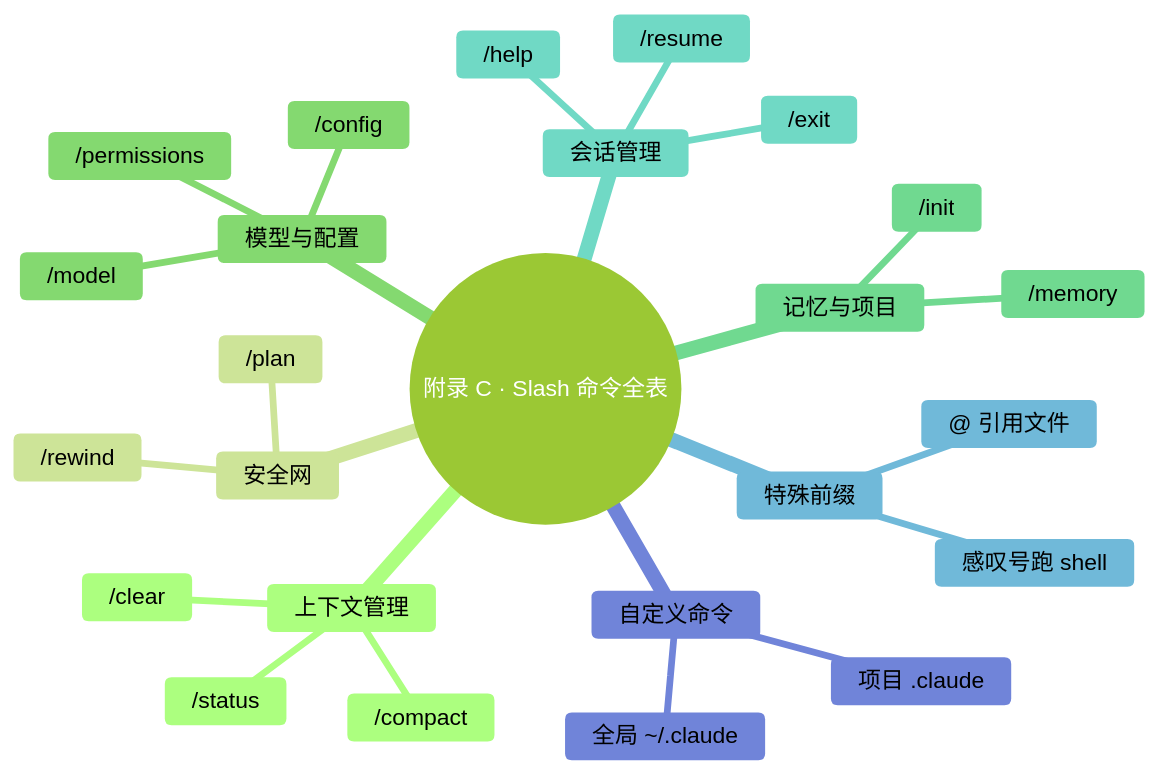
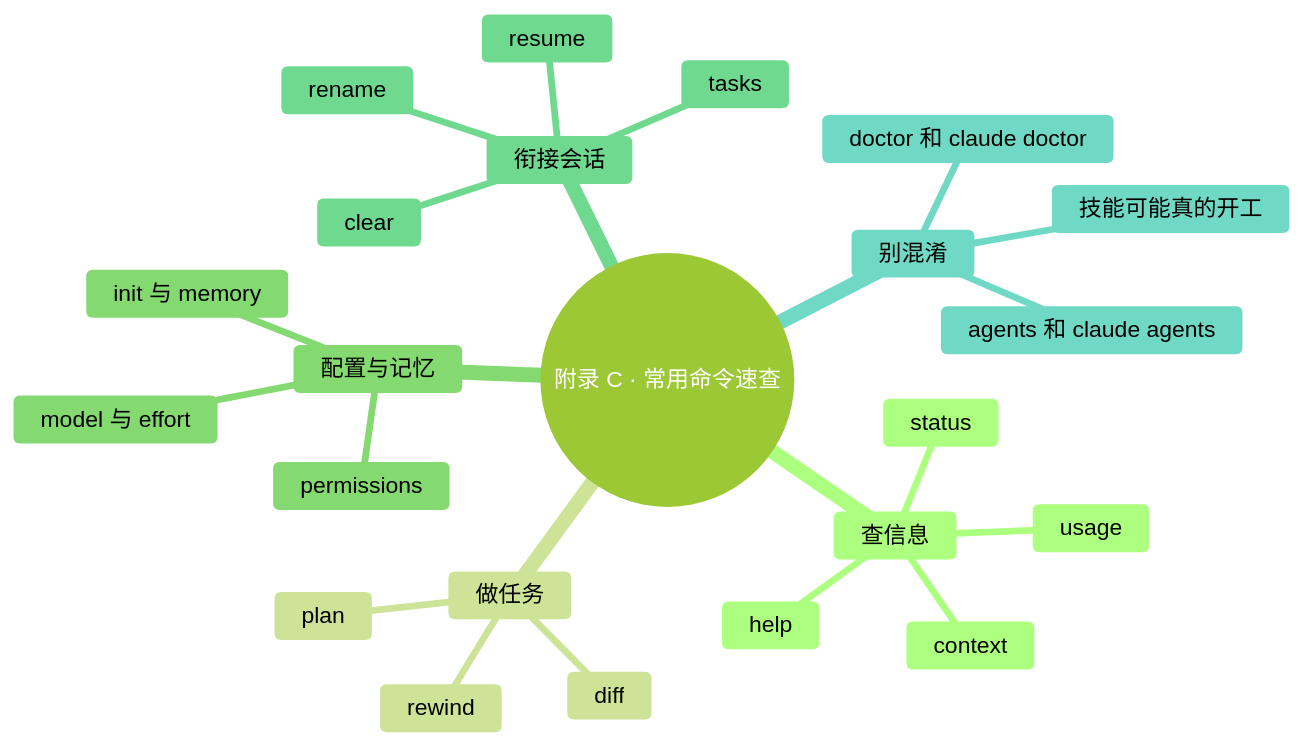
The diagram in manuscript/附录/C-Slash命令全表.md (mali9527/claude-code-full-guide-for-beginners), drawn with Mermaid before and after one commit. The commit also changed other lines of this file and 130 other files, not shown here.

````diff
--- a/manuscript/附录/C-Slash命令全表.md
+++ b/manuscript/附录/C-Slash命令全表.md
@@ -8,37 +12,34 @@
 ```mermaid
 ---
 config:
   theme: forest
   themeVariables:
     fontFamily: "-apple-system, 'SF Pro Text', 'PingFang SC', 'Helvetica Neue', sans-serif"
     fontSize: "17px"
     lineColor: "#D9D9D9"
 ---
 mindmap
-  root((附录 C · Slash 命令全表))
-    上下文管理
-      /clear
-      /compact
-      /status
-    安全网
-      /plan
-      /rewind
-    模型与配置
-      /model
-      /config
-      /permissions
-    记忆与项目
-      /memory
-      /init
-    会话管理
-      /help
-      /exit
-      /resume
-    特殊前缀
-      感叹号跑 shell
-      @ 引用文件
-    自定义命令
-      全局 ~/.claude
-      项目 .claude
-
+  root((附录 C · 常用命令速查))
+    查信息
+      help
+      status
+      usage
+      context
+    做任务
+      plan
+      diff
+      rewind
+    配置与记忆
+      model 与 effort
+      permissions
+      init 与 memory
+    衔接会话
+      rename
+      resume
+      clear
+      tasks
+    别混淆
+      doctor 和 claude doctor
+      agents 和 claude agents
+      技能可能真的开工
 ```
````
